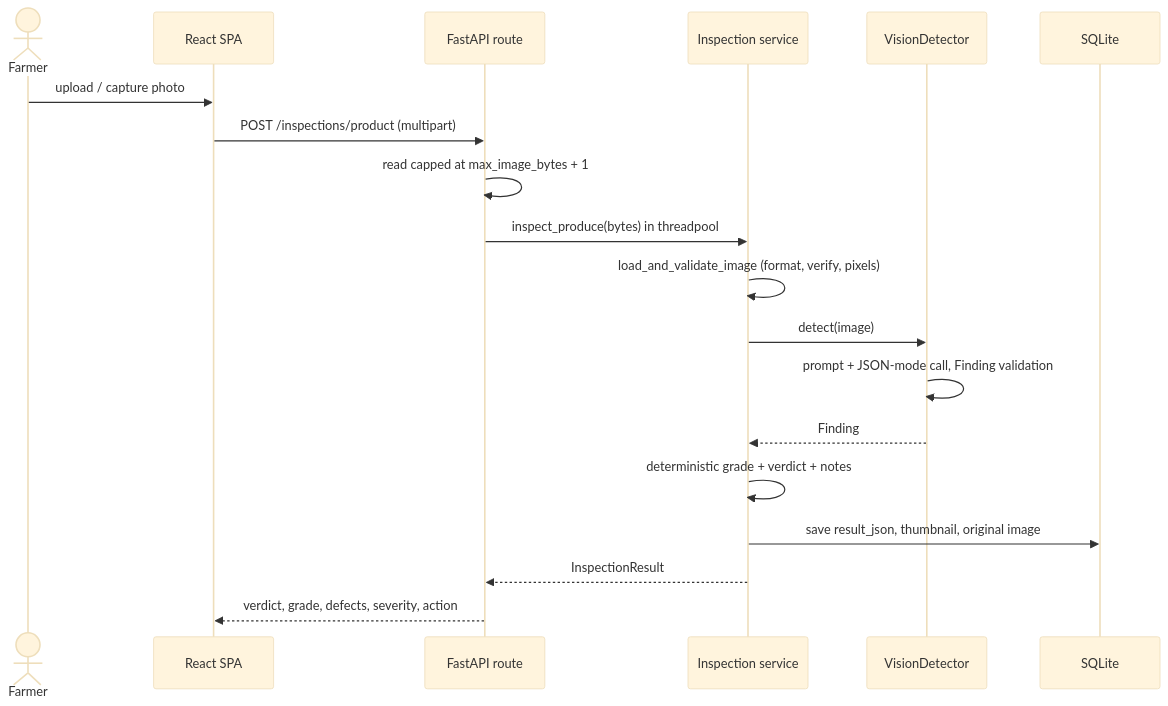
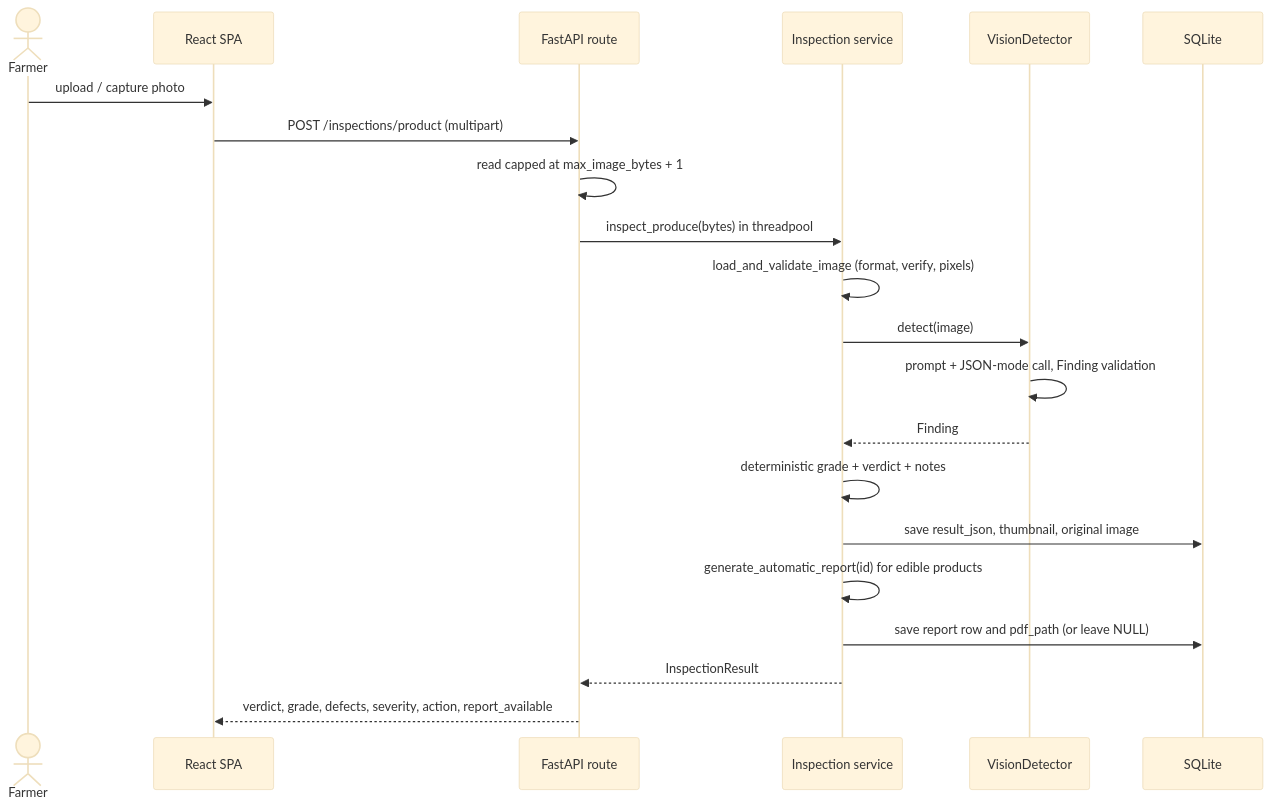
One commit to HamzaShafiq44/FieldMark changed the second of 4 diagrams in ARCHITECTURE.md. Above: the diagram before and after it, drawn with Mermaid (base theme). The commit also changed other lines of this file and 27 other files, not shown here.

````diff
--- a/ARCHITECTURE.md
+++ b/ARCHITECTURE.md
@@ -67,21 +74,23 @@
 ```mermaid
 sequenceDiagram
     actor F as Farmer
     participant UI as React SPA
     participant API as FastAPI route
     participant S as Inspection service
     participant D as VisionDetector
     participant DB as SQLite
     F->>UI: upload / capture photo
     UI->>API: POST /inspections/product (multipart)
     API->>API: read capped at max_image_bytes + 1
     API->>S: inspect_produce(bytes) in threadpool
     S->>S: load_and_validate_image (format, verify, pixels)
     S->>D: detect(image)
     D->>D: prompt + JSON-mode call, Finding validation
     D-->>S: Finding
     S->>S: deterministic grade + verdict + notes
     S->>DB: save result_json, thumbnail, original image
+    S->>S: generate_automatic_report(id) for edible products
+    S->>DB: save report row and pdf_path (or leave NULL)
     S-->>API: InspectionResult
-    API-->>UI: verdict, grade, defects, severity, action
+    API-->>UI: verdict, grade, defects, severity, action, report_available
 ```
````
